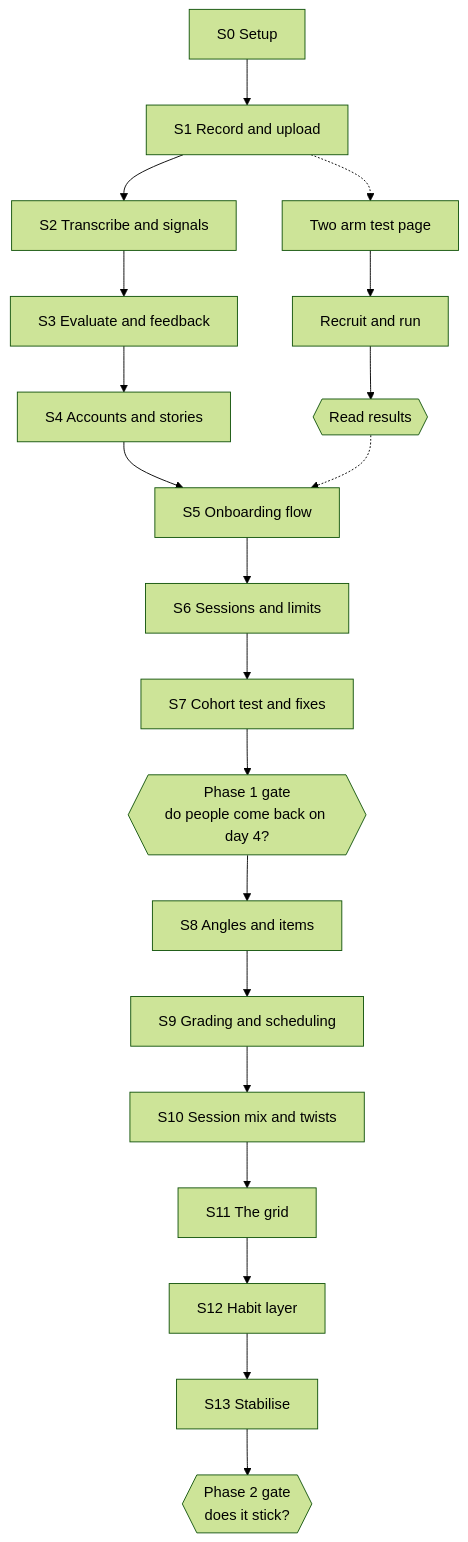
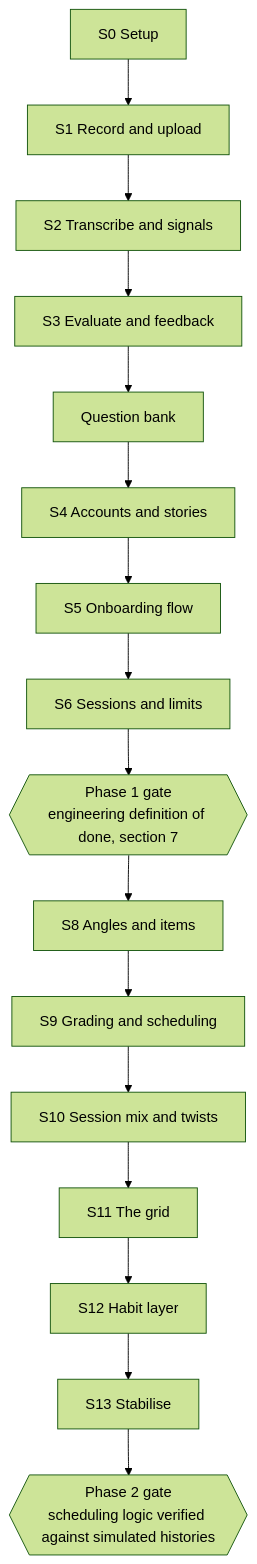
Before and after one commit to deshanekanayaka/retell: the diagram in docs/03-delivery-plan.md, drawn with Mermaid (forest theme). The commit also changed other lines of this file and 9 other files, not shown here.

````diff
--- a/docs/03-delivery-plan.md
+++ b/docs/03-delivery-plan.md
@@ -25,24 +35,19 @@
 ```mermaid
 flowchart TD
     S0[S0 Setup] --> S1[S1 Record and upload]
     S1 --> S2[S2 Transcribe and signals]
     S2 --> S3[S3 Evaluate and feedback]
-    S3 --> S4[S4 Accounts and stories]
+    S3 --> QB[Question bank]
+    QB --> S4[S4 Accounts and stories]
     S4 --> S5[S5 Onboarding flow]
     S5 --> S6[S6 Sessions and limits]
-    S6 --> S7[S7 Cohort test and fixes]
-    S7 --> G1{{Phase 1 gate<br/>do people come back on day 4?}}
-
-    S1 -.-> V1[Two arm test page]
-    V1 --> V2[Recruit and run]
-    V2 --> V3{{Read results}}
-    V3 -.-> S5
+    S6 --> G1{{Phase 1 gate<br/>engineering definition of done, section 7}}
 
     G1 --> S8[S8 Angles and items]
     S8 --> S9[S9 Grading and scheduling]
     S9 --> S10[S10 Session mix and twists]
     S10 --> S11[S11 The grid]
     S11 --> S12[S12 Habit layer]
     S12 --> S13[S13 Stabilise]
-    S13 --> G2{{Phase 2 gate<br/>does it stick?}}
+    S13 --> G2{{Phase 2 gate<br/>scheduling logic verified against simulated histories}}
 ```
````
